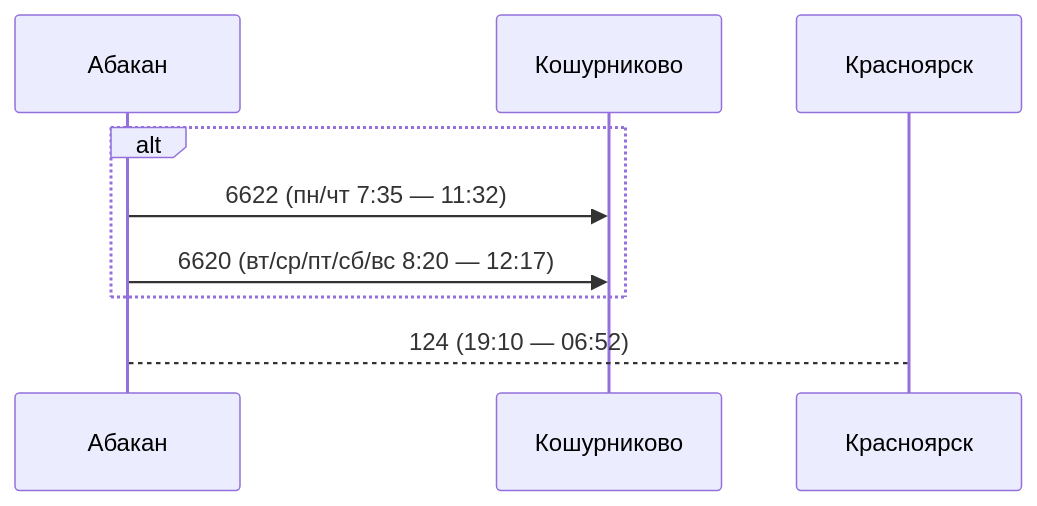
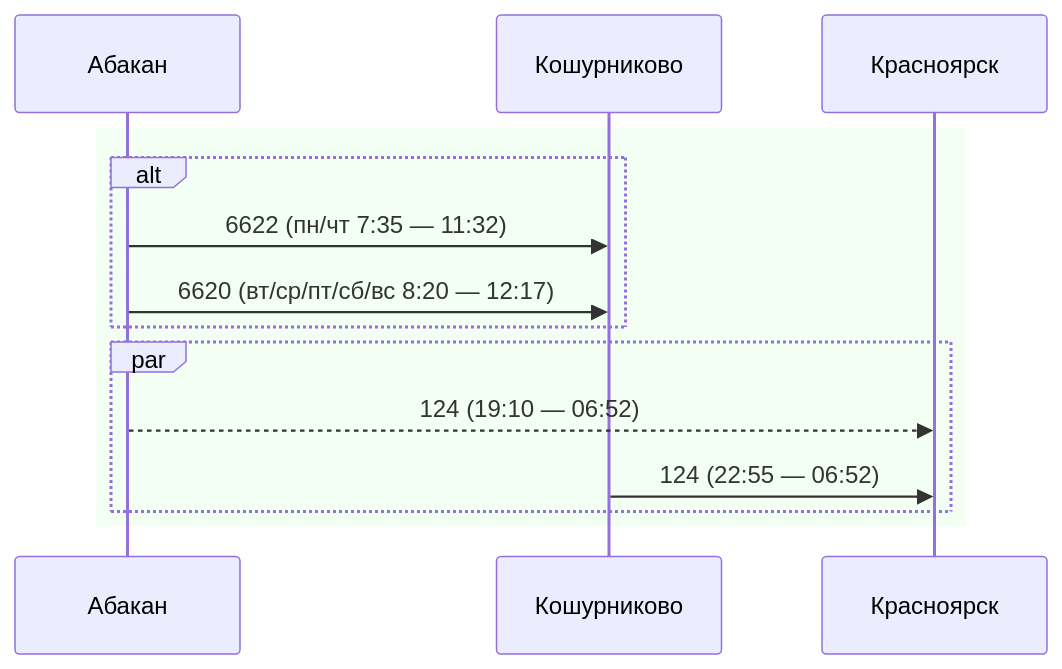
The tenth of 11 diagrams in README.md (u0feff/Pezda), drawn with Mermaid before and after one commit. The commit also changed other lines of this file, not shown here.

Commit message:
Add Красноярск - Иркутск, correct other paths for safety and better understanding

````diff
--- a/README.md
+++ b/README.md
@@ -410,13 +414,17 @@
 ```mermaid
 sequenceDiagram
     participant Абакан
     participant Кошурниково
     participant Красноярск
 
+    rect rgba(0, 255, 0, 0.05)
     alt
     Абакан->>Кошурниково: 6622 (пн/чт 7:35 — 11:32)
     Абакан->>Кошурниково: 6620 (вт/ср/пт/сб/вс 8:20 — 12:17)
     end
-
-    Абакан-->Красноярск: 124 (19:10 — 06:52)
+    par
+    Абакан-->>Красноярск: 124 (19:10 — 06:52)
+    Кошурниково->>Красноярск: 124 (22:55 — 06:52)
+    end
+    end
 ```
````
